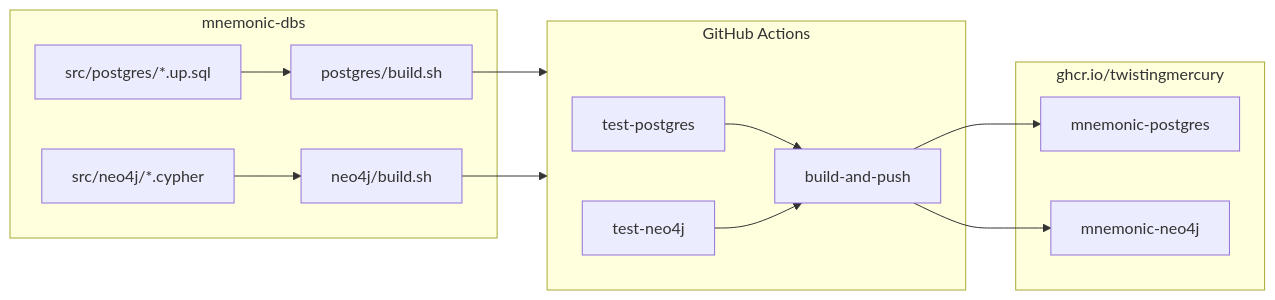
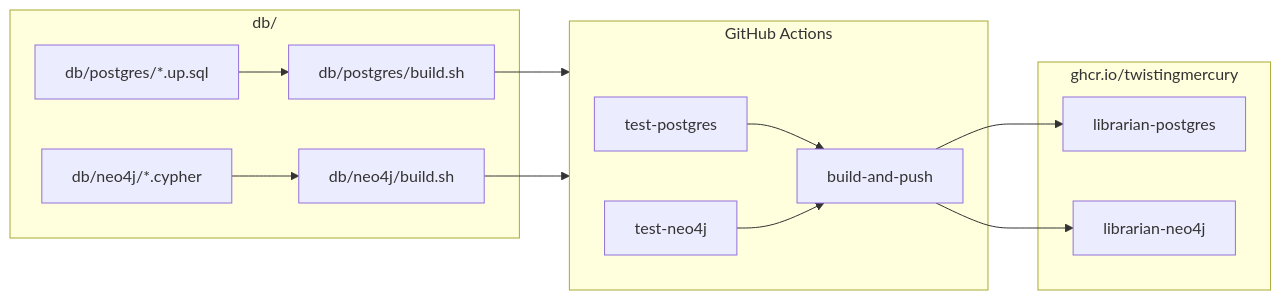
One commit to twistingmercury/mnemonic changed the diagram in docs/design/architecture/dbs/05-deployment-architecture.md. Above: the diagram before and after it, drawn with Mermaid. The commit also changed other lines of this file and 35 other files, not shown here.

````diff
--- a/docs/design/architecture/dbs/05-deployment-architecture.md
+++ b/docs/design/architecture/dbs/05-deployment-architecture.md
@@ -17,27 +17,27 @@
 ```mermaid
 graph LR
-    subgraph Repo["mnemonic-dbs"]
-        SQL["src/postgres/*.up.sql"]
-        CYP["src/neo4j/*.cypher"]
-        PG_SH["postgres/build.sh"]
-        NEO_SH["neo4j/build.sh"]
+    subgraph Repo["db/"]
+        SQL["db/postgres/*.up.sql"]
+        CYP["db/neo4j/*.cypher"]
+        PG_SH["db/postgres/build.sh"]
+        NEO_SH["db/neo4j/build.sh"]
     end
 
     subgraph CI["GitHub Actions"]
         T1["test-postgres"]
         T2["test-neo4j"]
         BUILD["build-and-push"]
         T1 --> BUILD
         T2 --> BUILD
     end
 
     subgraph GHCR["ghcr.io/twistingmercury"]
-        PG["mnemonic-postgres"]
-        NEO["mnemonic-neo4j"]
+        PG["librarian-postgres"]
+        NEO["librarian-neo4j"]
     end
 
     SQL --> PG_SH --> CI
     CYP --> NEO_SH --> CI
     BUILD --> PG
     BUILD --> NEO
 ```
````
